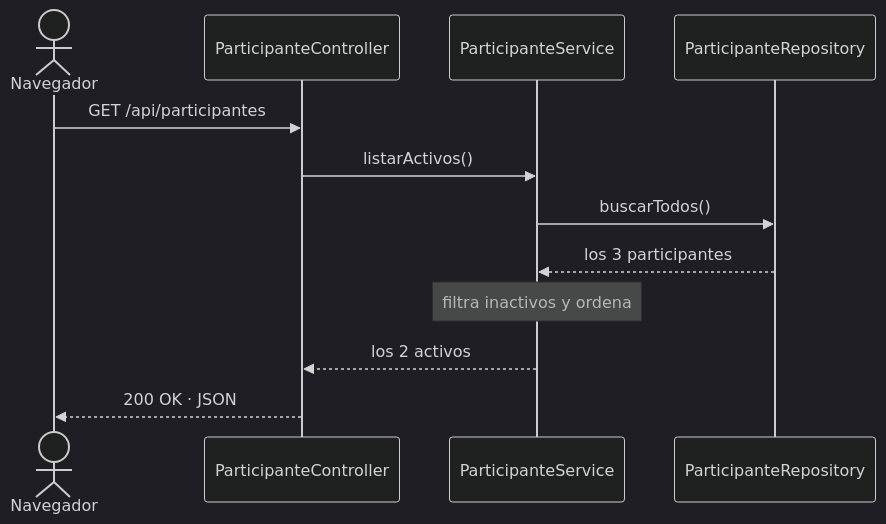
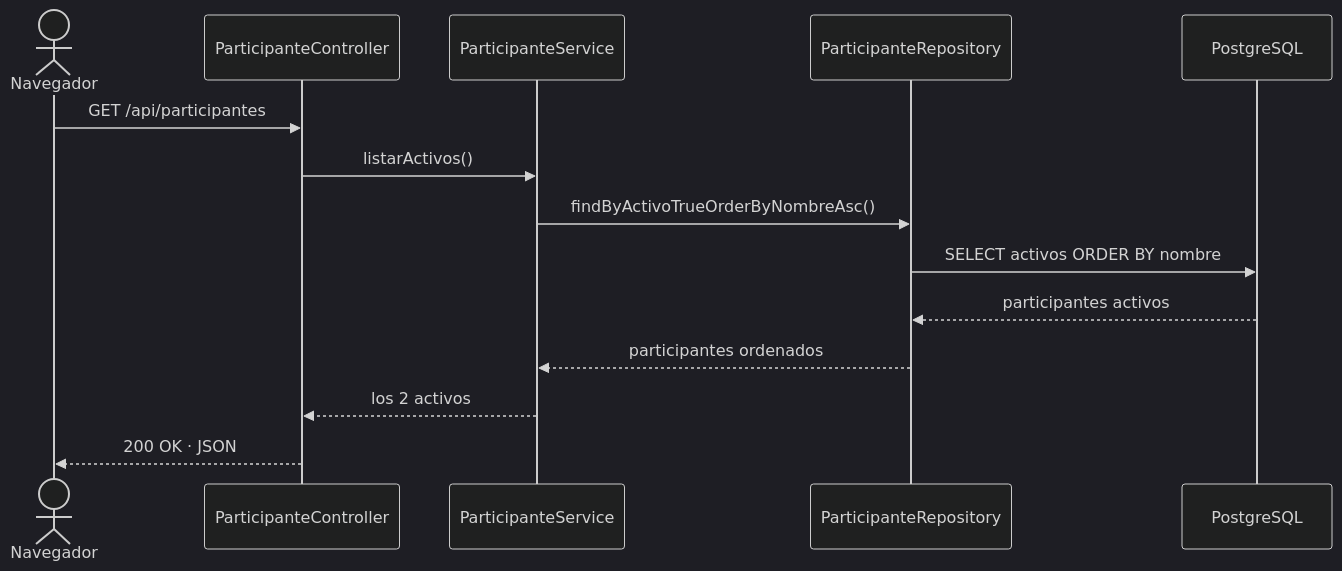
One commit to cerdasanthony/sira-eif509 changed the second of 2 diagrams in docs/arquitectura.md. Above: the diagram before and after it, drawn with Mermaid (dark theme). The commit also changed other lines of this file and 34 other files, not shown here.

````diff
--- a/docs/arquitectura.md
+++ b/docs/arquitectura.md
@@ -70,15 +72,17 @@
 ```mermaid
 sequenceDiagram
     actor U as Navegador
     participant C as ParticipanteController
     participant S as ParticipanteService
     participant R as ParticipanteRepository
+    participant PG as PostgreSQL
 
     U->>C: GET /api/participantes
     C->>S: listarActivos()
-    S->>R: buscarTodos()
-    R-->>S: los 3 participantes
-    Note over S: filtra inactivos y ordena
+    S->>R: findByActivoTrueOrderByNombreAsc()
+    R->>PG: SELECT activos ORDER BY nombre
+    PG-->>R: participantes activos
+    R-->>S: participantes ordenados
     S-->>C: los 2 activos
     C-->>U: 200 OK · JSON
 ```
````
